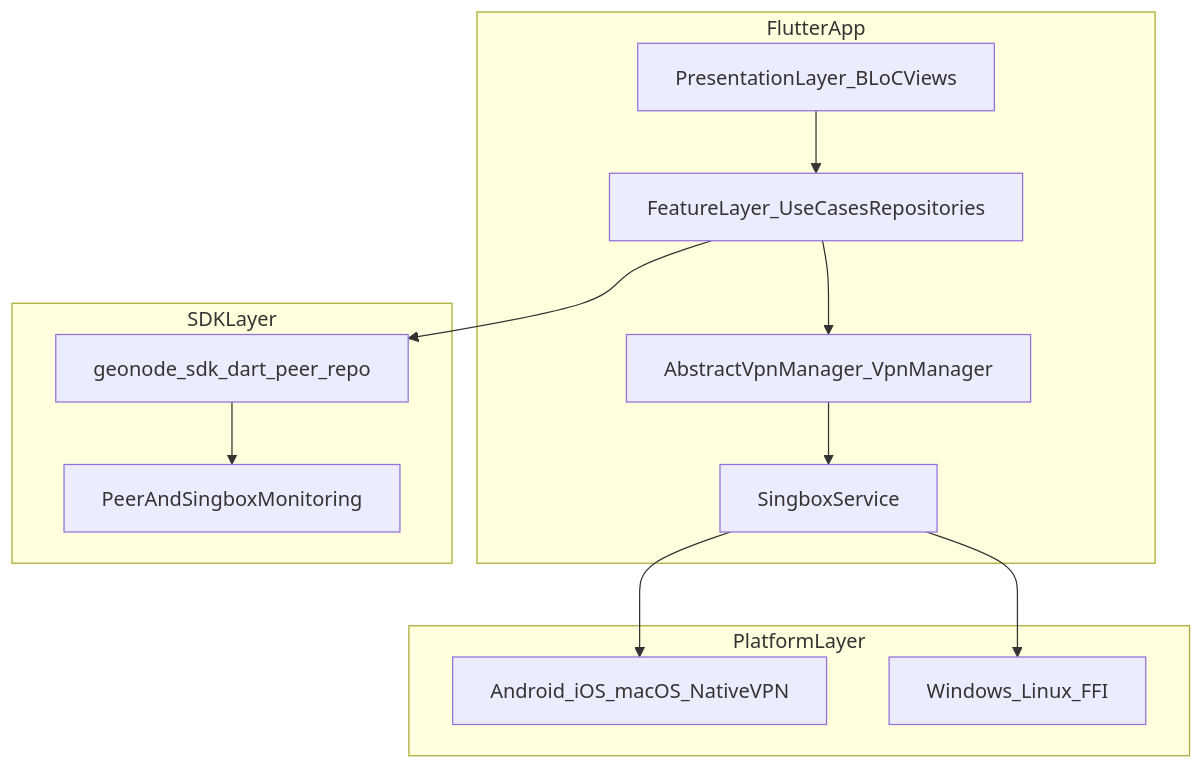
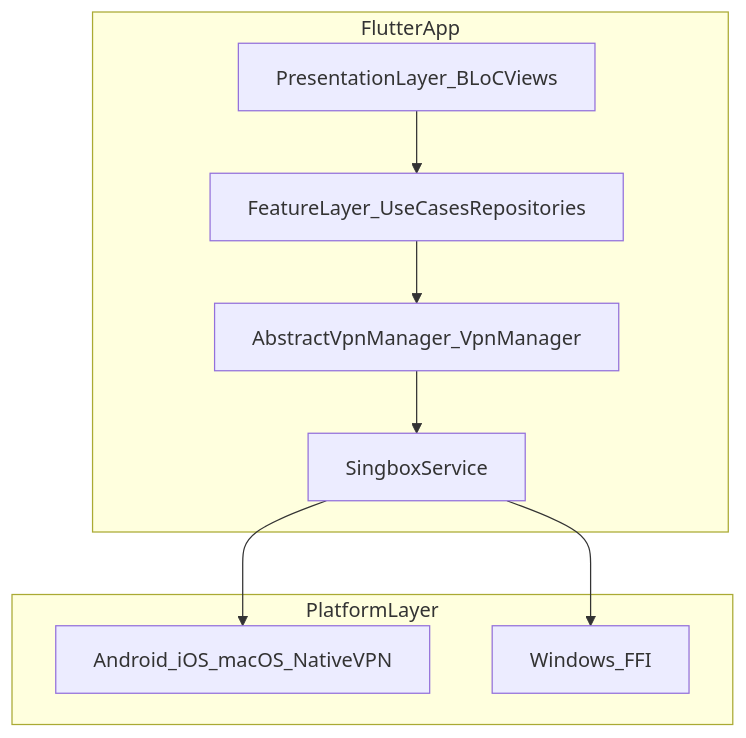
The diagram in docs/PRD.md (geonodecom/zenshield-vpn-app-opensource), drawn with Mermaid before and after one commit. The commit also changed other lines of this file and 173 other files, not shown here.

````diff
--- a/docs/PRD.md
+++ b/docs/PRD.md
@@ -16,27 +22,20 @@
 ```mermaid
 flowchart TB
   subgraph flutterApp [FlutterApp]
     presentationLayer[PresentationLayer_BLoCViews]
     featureLayer[FeatureLayer_UseCasesRepositories]
     vpnManager[AbstractVpnManager_VpnManager]
     singboxService[SingboxService]
   end
 
   subgraph platformLayer [PlatformLayer]
     nativeVpn[Android_iOS_macOS_NativeVPN]
-    desktopFfi[Windows_Linux_FFI]
-  end
-
-  subgraph sdkLayer [SDKLayer]
-    geonodeSdk[geonode_sdk_dart_peer_repo]
-    monitoring[PeerAndSingboxMonitoring]
+    desktopFfi[Windows_FFI]
   end
 
   presentationLayer --> featureLayer
   featureLayer --> vpnManager
   vpnManager --> singboxService
   singboxService --> nativeVpn
   singboxService --> desktopFfi
-  featureLayer --> geonodeSdk
-  geonodeSdk --> monitoring
 ```
````
